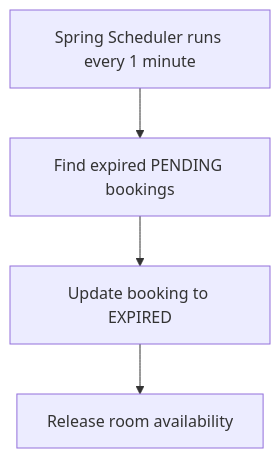
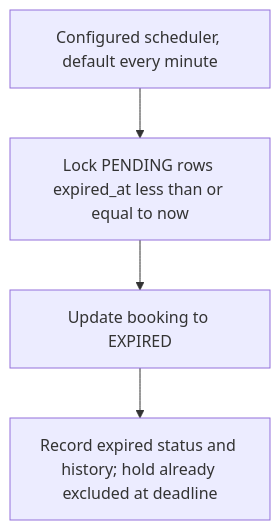
One commit to manhle11/hotel-booking-system changed the third of 8 diagrams in docs/07-business-workflows.md. Above: the diagram before and after it, drawn with Mermaid. The commit also changed other lines of this file and 123 other files, not shown here.

````diff
--- a/docs/07-business-workflows.md
+++ b/docs/07-business-workflows.md
@@ -40,6 +40,6 @@
 ```mermaid
 flowchart TD
-    A[Spring Scheduler runs every 1 minute] --> B[Find expired PENDING bookings]
+    A[Configured scheduler, default every minute] --> B[Lock PENDING rows expired_at less than or equal to now]
     B --> C[Update booking to EXPIRED]
-    C --> D[Release room availability]
+    C --> D[Record expired status and history; hold already excluded at deadline]
 ```
````
